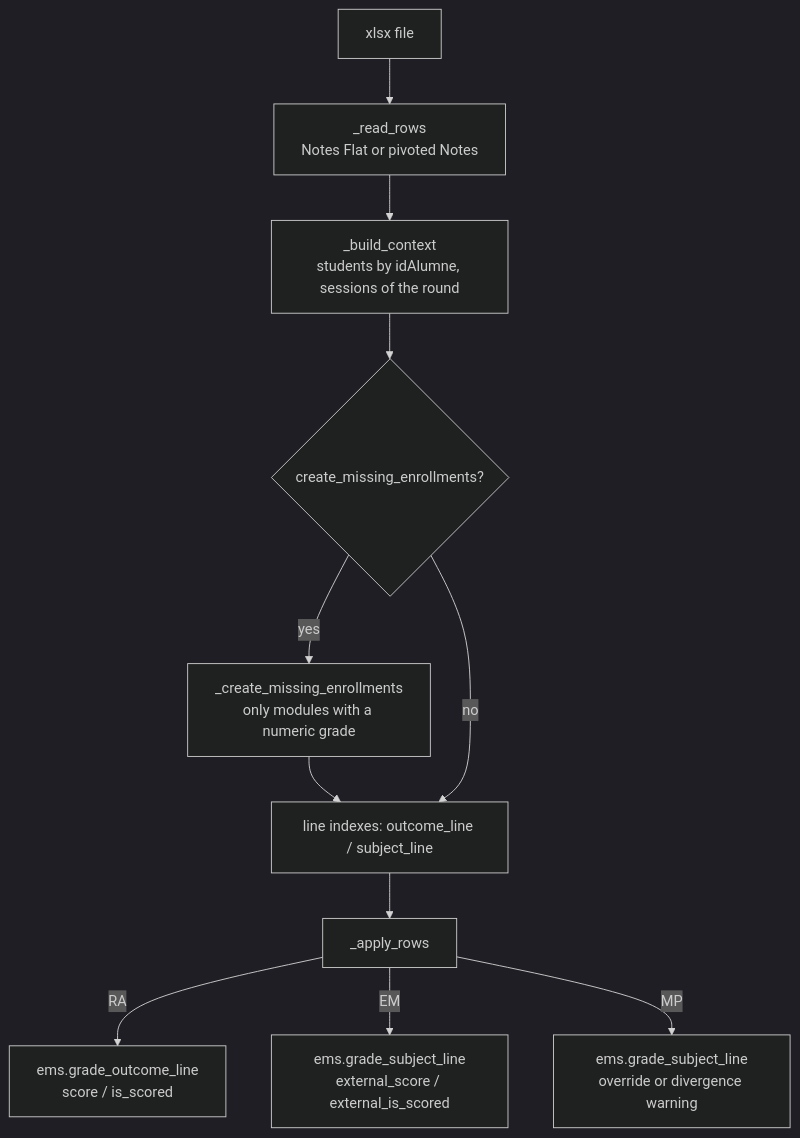
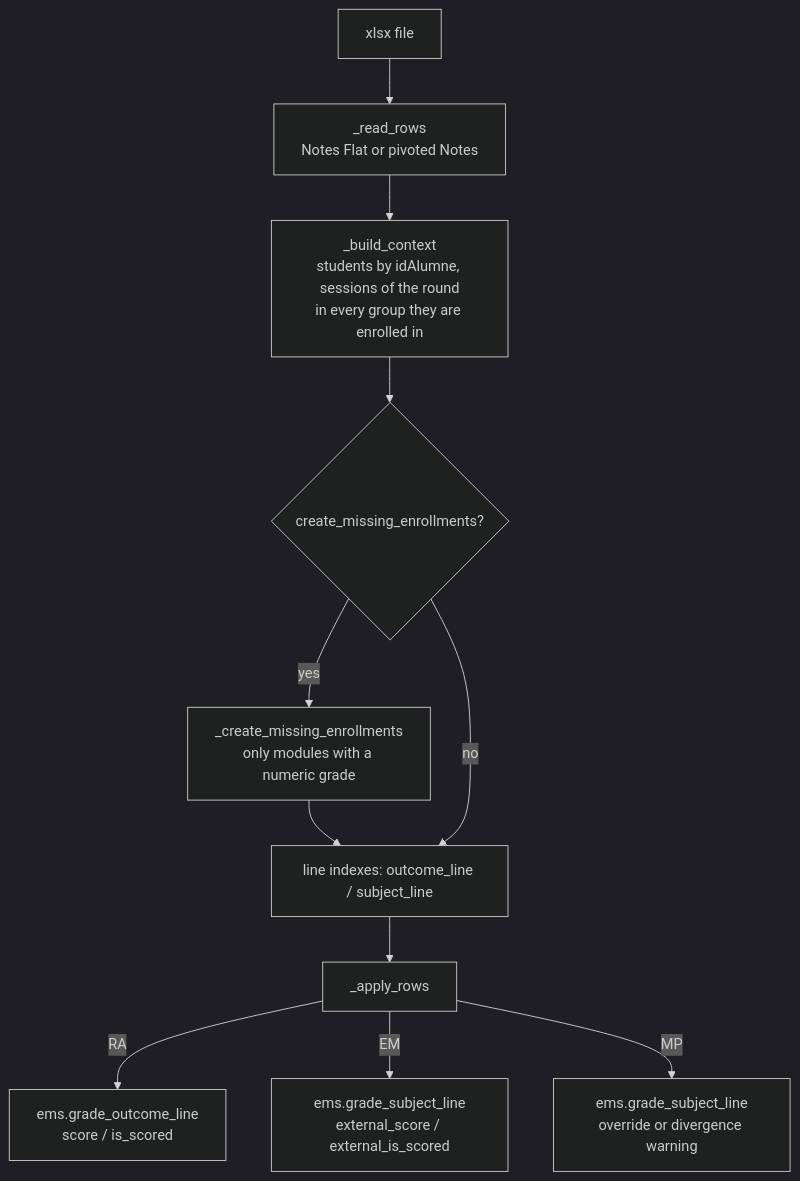
The diagram in docs/en/developers/grades/grade_import_wizard.md (ElPuig/EMS), drawn with Mermaid (dark theme) before and after one commit. The commit also changed other lines of this file and 5 other files, not shown here.

````diff
--- a/docs/en/developers/grades/grade_import_wizard.md
+++ b/docs/en/developers/grades/grade_import_wizard.md
@@ -28,13 +28,13 @@
 ```mermaid
 flowchart TD
     F[xlsx file] --> R[_read_rows<br/>Notes Flat or pivoted Notes]
-    R --> C[_build_context<br/>students by idAlumne, sessions of the round]
+    R --> C[_build_context<br/>students by idAlumne, sessions of the round<br/>in every group they are enrolled in]
     C --> E{create_missing_enrollments?}
     E -->|yes| N[_create_missing_enrollments<br/>only modules with a numeric grade]
     N --> I[line indexes: outcome_line / subject_line]
     E -->|no| I
     I --> A[_apply_rows]
     A -->|RA| RA[ems.grade_outcome_line<br/>score / is_scored]
     A -->|EM| EM[ems.grade_subject_line<br/>external_score / external_is_scored]
     A -->|MP| MP[ems.grade_subject_line<br/>override or divergence warning]
 ```
````
